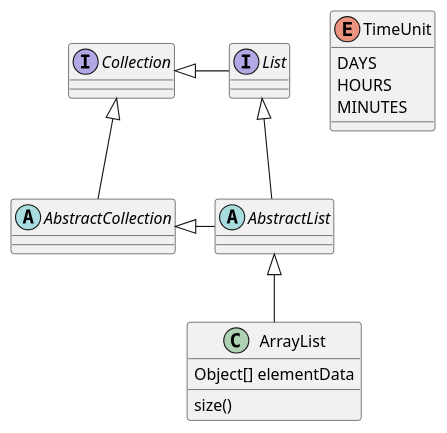
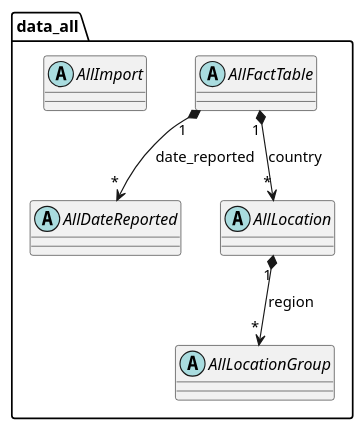
One commit to thomaswoehlke/flask_covid19 changed the diagram in docs/uml/project/data_all/model.puml. Above: the diagram before and after it, drawn with PlantUML. The commit also changed 5 other files, not shown here.

```diff
--- a/docs/uml/project/data_all/model.puml
+++ b/docs/uml/project/data_all/model.puml
@@ -1,27 +1,40 @@
 @startuml
 'https://plantuml.com/class-diagram
 
-abstract class AbstractList
-abstract AbstractCollection
-interface List
-interface Collection
+'abstract class AbstractList
+'abstract AbstractCollection
+'interface List
+'interface Collection
 
-List <|-- AbstractList
-Collection <|-- AbstractCollection
+'List <|-- AbstractList
+'Collection <|-- AbstractCollection
 
-Collection <|- List
-AbstractCollection <|- AbstractList
-AbstractList <|-- ArrayList
+'Collection <|- List
+'AbstractCollection <|- AbstractList
+'AbstractList <|-- ArrayList
 
-class ArrayList {
-Object[] elementData
-size()
+'class ArrayList {
+'Object[] elementData
+'size()
+'}
+
+'enum TimeUnit {
+'DAYS
+'HOURS
+'MINUTES
+'}
+
+package data_all {
+    abstract class AllFactTable {}
+    abstract class AllDateReported {}
+    abstract class AllImport {}
+    abstract class AllLocation {}
+    abstract class AllLocationGroup {}
+
+    AllLocation "1" *--> "*" AllLocationGroup : region
+    AllFactTable "1" *--> "*" AllLocation : country
+    AllFactTable "1" *--> "*" AllDateReported : date_reported
 }
 
-enum TimeUnit {
-DAYS
-HOURS
-MINUTES
-}
 
 @enduml
```
